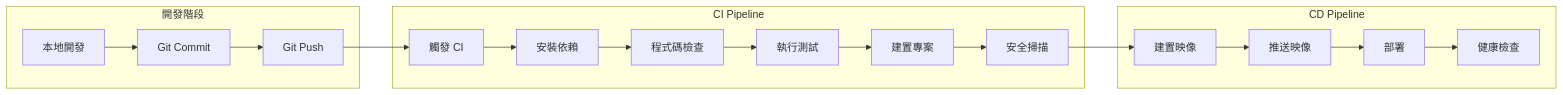
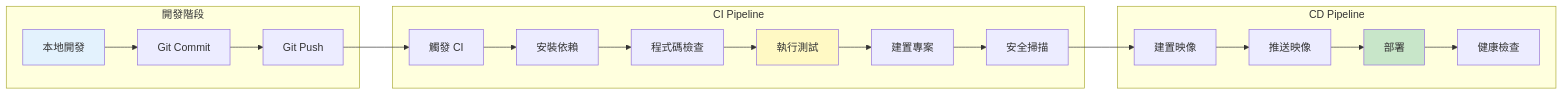
One commit to tboydar/service-booking-api changed diagram 13 of 22 in README.md. Above: the diagram before and after it, drawn with Mermaid. The commit also changed other lines of this file and 11 other files, not shown here.

````diff
--- a/README.md
+++ b/README.md
@@ -975,37 +821,40 @@
 ```mermaid
 flowchart LR
     subgraph "開發階段"
         Dev[本地開發]
         Commit[Git Commit]
         Push[Git Push]
     end
 
     subgraph "CI Pipeline"
         Trigger[觸發 CI]
         Install[安裝依賴]
         Lint[程式碼檢查]
         Test[執行測試]
         Build[建置專案]
         Security[安全掃描]
     end
 
     subgraph "CD Pipeline"
         Docker[建置映像]
         Registry[推送映像]
         Deploy[部署]
         Health[健康檢查]
     end
 
     Dev --> Commit --> Push
     Push --> Trigger
     Trigger --> Install
     Install --> Lint
     Lint --> Test
     Test --> Build
     Build --> Security
     Security --> Docker
     Docker --> Registry
     Registry --> Deploy
     Deploy --> Health
 
+    style Dev fill:#e3f2fd
+    style Test fill:#fff9c4
+    style Deploy fill:#c8e6c9
 ```
````
